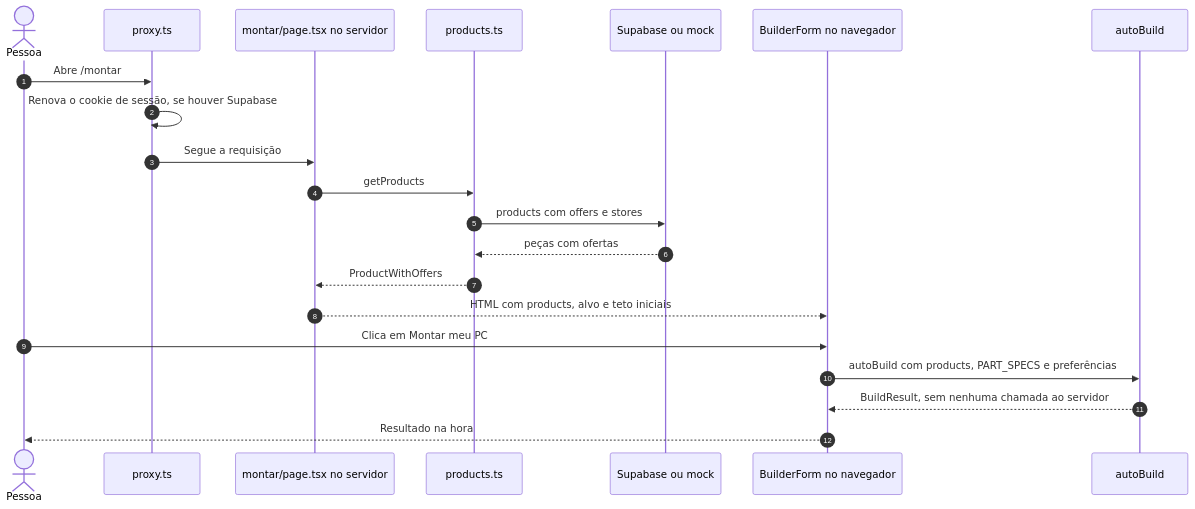
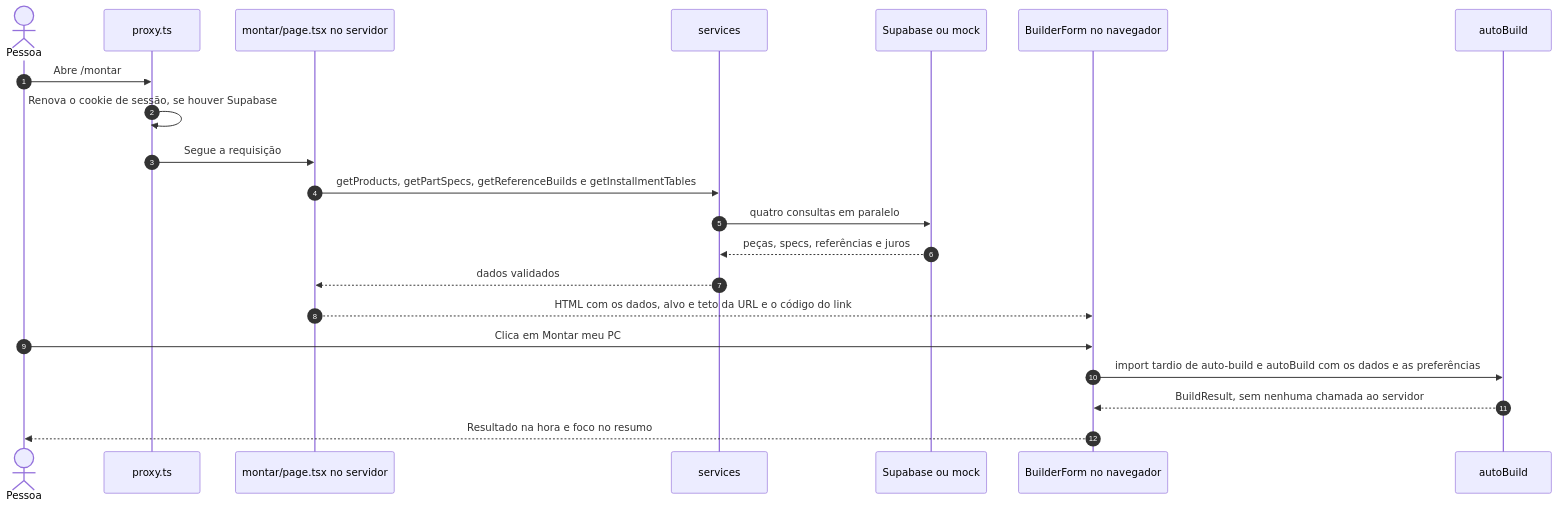
The third of 3 diagrams in docs/diagramas/arquitetura.md (FEJAPA/Garimpo-PC), drawn with Mermaid before and after one commit. The commit also changed other lines of this file and 5 other files, not shown here.

````diff
--- a/docs/diagramas/arquitetura.md
+++ b/docs/diagramas/arquitetura.md
@@ -180,24 +183,24 @@
 ```mermaid
 sequenceDiagram
     autonumber
     actor Pessoa
     participant Proxy as proxy.ts
     participant Pag as montar/page.tsx no servidor
-    participant Svc as products.ts
+    participant Svc as services
     participant Banco as Supabase ou mock
     participant Form as BuilderForm no navegador
     participant Algo as autoBuild
 
     Pessoa->>Proxy: Abre /montar
     Proxy->>Proxy: Renova o cookie de sessão, se houver Supabase
     Proxy->>Pag: Segue a requisição
-    Pag->>Svc: getProducts
-    Svc->>Banco: products com offers e stores
-    Banco-->>Svc: peças com ofertas
-    Svc-->>Pag: ProductWithOffers
-    Pag-->>Form: HTML com products, alvo e teto iniciais
+    Pag->>Svc: getProducts, getPartSpecs, getReferenceBuilds e getInstallmentTables
+    Svc->>Banco: quatro consultas em paralelo
+    Banco-->>Svc: peças, specs, referências e juros
+    Svc-->>Pag: dados validados
+    Pag-->>Form: HTML com os dados, alvo e teto da URL e o código do link
     Pessoa->>Form: Clica em Montar meu PC
-    Form->>Algo: autoBuild com products, PART_SPECS e preferências
+    Form->>Algo: import tardio de auto-build e autoBuild com os dados e as preferências
     Algo-->>Form: BuildResult, sem nenhuma chamada ao servidor
-    Form-->>Pessoa: Resultado na hora
+    Form-->>Pessoa: Resultado na hora e foco no resumo
 ```
````
